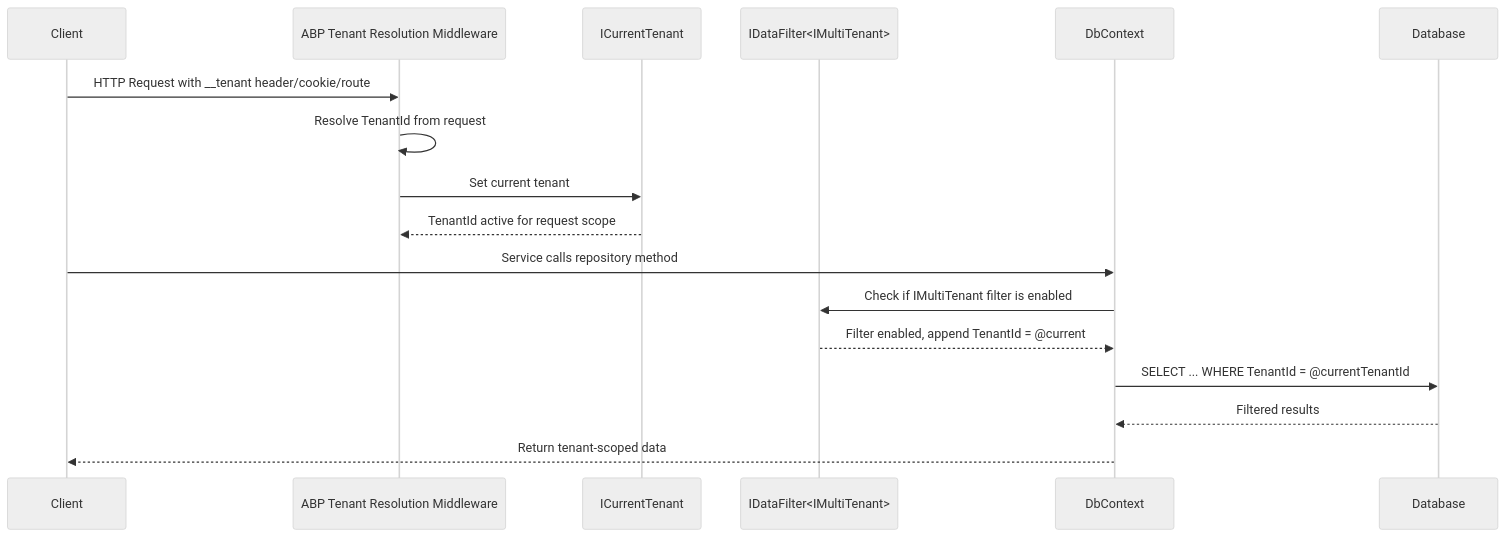
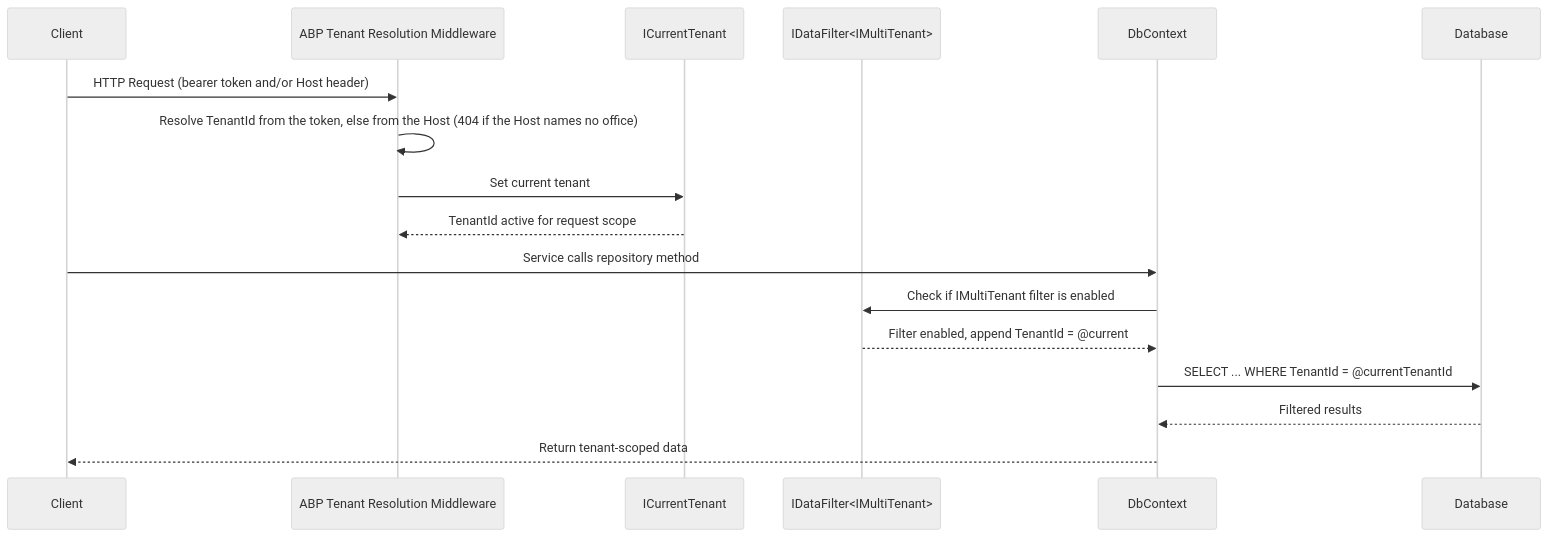
One commit to gesco-healthcare-support/hcs-patient-portal changed the fourth of 4 diagrams in docs/architecture/MULTI-TENANCY.md. Above: the diagram before and after it, drawn with Mermaid (neutral theme). The commit also changed other lines of this file and 5 other files, not shown here.

````diff
--- a/docs/architecture/MULTI-TENANCY.md
+++ b/docs/architecture/MULTI-TENANCY.md
@@ -204,21 +214,21 @@
 ```mermaid
 sequenceDiagram
     participant Client
     participant Middleware as ABP Tenant Resolution Middleware
     participant ICurrentTenant
     participant DataFilter as IDataFilter<IMultiTenant>
     participant DbContext
     participant Database
 
-    Client->>Middleware: HTTP Request with __tenant header/cookie/route
-    Middleware->>Middleware: Resolve TenantId from request
+    Client->>Middleware: HTTP Request (bearer token and/or Host header)
+    Middleware->>Middleware: Resolve TenantId from the token, else from the Host (404 if the Host names no office)
     Middleware->>ICurrentTenant: Set current tenant
     ICurrentTenant-->>Middleware: TenantId active for request scope
 
     Client->>DbContext: Service calls repository method
     DbContext->>DataFilter: Check if IMultiTenant filter is enabled
     DataFilter-->>DbContext: Filter enabled, append TenantId = @current
     DbContext->>Database: SELECT ... WHERE TenantId = @currentTenantId
     Database-->>DbContext: Filtered results
     DbContext-->>Client: Return tenant-scoped data
 ```
````
